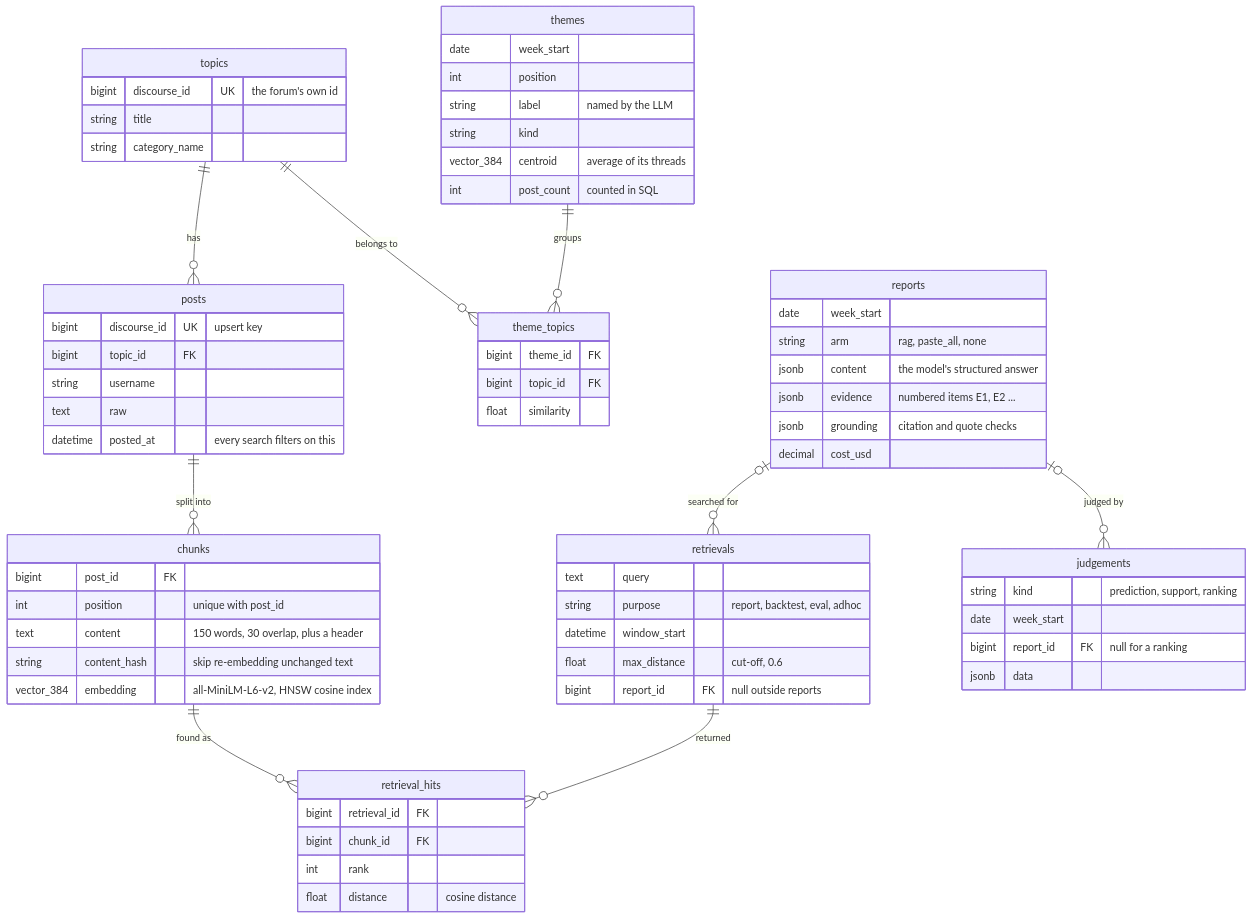
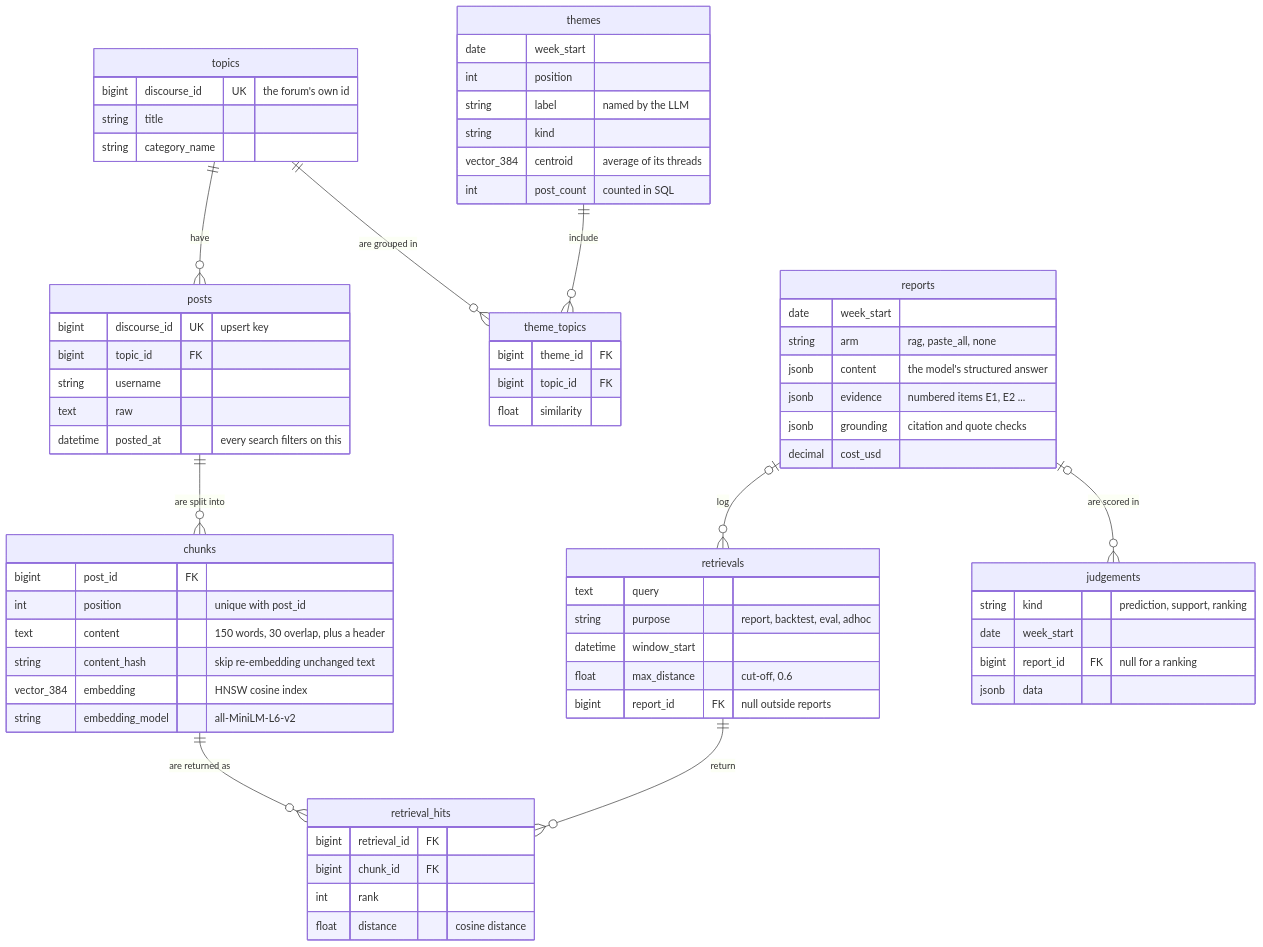
Before and after one commit to michaelsking1993/community-voices: the first of 2 diagrams in README.md, drawn with Mermaid. The commit also changed other lines of this file, not shown here.

Commit message:
README: schema diagram matches the current schema (#32)
* README: schema diagram matches the current schema, clearer relationship labels

Adds chunks.embedding_model (added after the diagram was drawn), makes
each relationship read as a sentence, and updates the PR count.

* README: replace the git-clone requirement with the no-key one

---------

````diff
--- a/README.md
+++ b/README.md
@@ -213,71 +213,72 @@
 ```mermaid
 erDiagram
-    topics ||--o{ posts : "has"
-    posts ||--o{ chunks : "split into"
-    themes ||--o{ theme_topics : "groups"
-    topics ||--o{ theme_topics : "belongs to"
-    retrievals ||--o{ retrieval_hits : "returned"
-    chunks ||--o{ retrieval_hits : "found as"
-    reports |o--o{ retrievals : "searched for"
-    reports |o--o{ judgements : "judged by"
+    topics ||--o{ posts : "have"
+    posts ||--o{ chunks : "are split into"
+    themes ||--o{ theme_topics : "include"
+    topics ||--o{ theme_topics : "are grouped in"
+    retrievals ||--o{ retrieval_hits : "return"
+    chunks ||--o{ retrieval_hits : "are returned as"
+    reports |o--o{ retrievals : "log"
+    reports |o--o{ judgements : "are scored in"
 
     topics {
         bigint discourse_id UK "the forum's own id"
         string title
         string category_name
     }
     posts {
         bigint discourse_id UK "upsert key"
         bigint topic_id FK
         string username
         text raw
         datetime posted_at "every search filters on this"
     }
     chunks {
         bigint post_id FK
         int position "unique with post_id"
         text content "150 words, 30 overlap, plus a header"
         string content_hash "skip re-embedding unchanged text"
-        vector_384 embedding "all-MiniLM-L6-v2, HNSW cosine index"
+        vector_384 embedding "HNSW cosine index"
+        string embedding_model "all-MiniLM-L6-v2"
     }
     themes {
         date week_start
         int position
         string label "named by the LLM"
         string kind
         vector_384 centroid "average of its threads"
         int post_count "counted in SQL"
     }
     theme_topics {
         bigint theme_id FK
         bigint topic_id FK
         float similarity
     }
     retrievals {
         text query
         string purpose "report, backtest, eval, adhoc"
         datetime window_start
         float max_distance "cut-off, 0.6"
         bigint report_id FK "null outside reports"
     }
     retrieval_hits {
         bigint retrieval_id FK
         bigint chunk_id FK
         int rank
         float distance "cosine distance"
     }
     reports {
         date week_start
         string arm "rag, paste_all, none"
         jsonb content "the model's structured answer"
         jsonb evidence "numbered items E1, E2 ..."
         jsonb grounding "citation and quote checks"
         decimal cost_usd
     }
     judgements {
         string kind "prediction, support, ranking"
         date week_start
         bigint report_id FK "null for a ranking"
         jsonb data
     }
 ```
````
